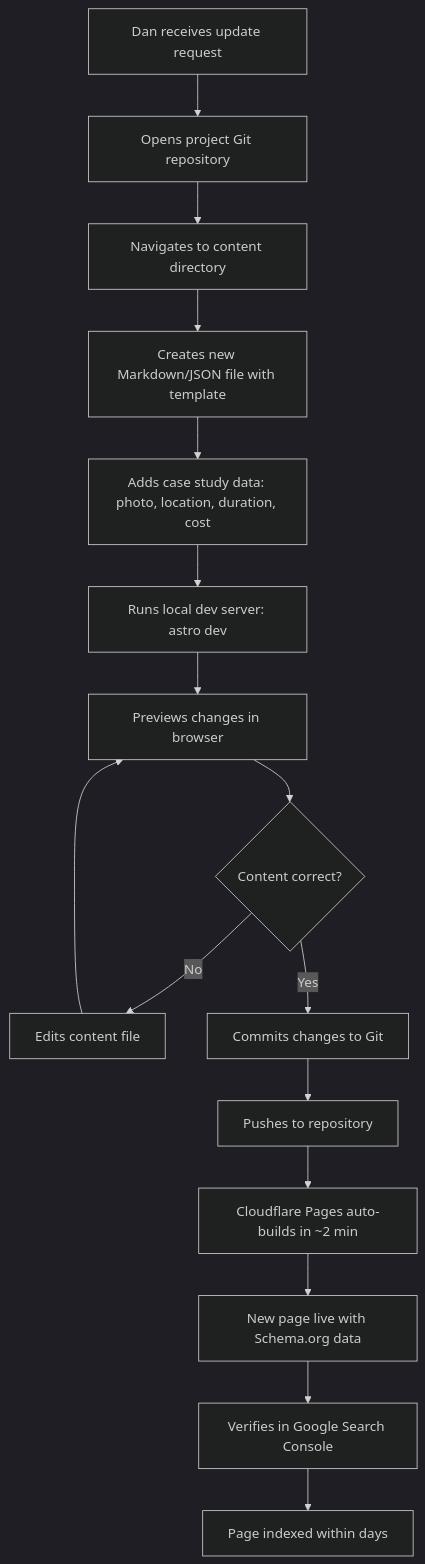
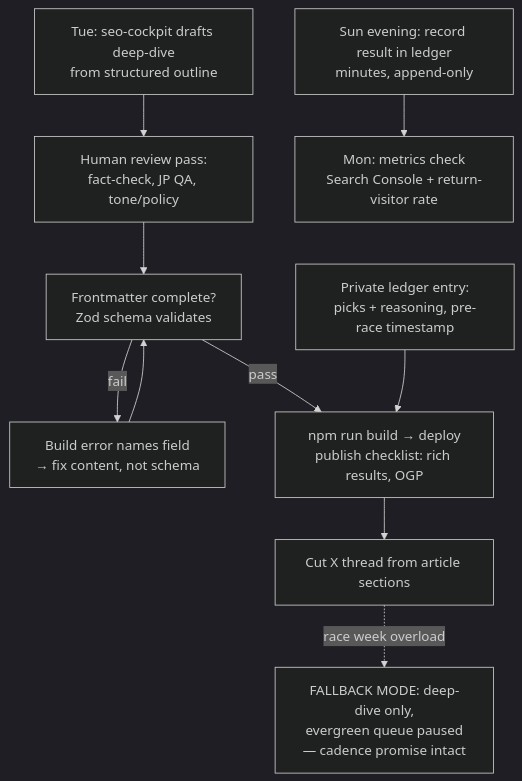
One commit to HaiLammm/star-light-project changed the fourth of 4 diagrams in _bmad-output/planning-artifacts/ux-design-specification.md. Above: the diagram before and after it, drawn with Mermaid (dark theme). The commit also changed other lines of this file and 866 other files, not shown here.

````diff
--- a/_bmad-output/planning-artifacts/ux-design-specification.md
+++ b/_bmad-output/planning-artifacts/ux-design-specification.md
@@ -868,18 +477,12 @@
 ```mermaid
 flowchart TD
-    A[Dan receives update request] --> B[Opens project Git repository]
-    B --> C[Navigates to content directory]
-    C --> D[Creates new Markdown/JSON file with template]
-    D --> E[Adds case study data: photo, location, duration, cost]
-    E --> F[Runs local dev server: astro dev]
-    F --> G[Previews changes in browser]
-    G --> H{Content correct?}
-    H -->|No| I[Edits content file]
-    I --> G
-    H -->|Yes| J[Commits changes to Git]
-    J --> K[Pushes to repository]
-    K --> L[Cloudflare Pages auto-builds in ~2 min]
-    L --> M[New page live with Schema.org data]
-    M --> N[Verifies in Google Search Console]
-    N --> O[Page indexed within days]
+    A[Tue: seo-cockpit drafts deep-dive\nfrom structured outline] --> B[Human review pass:\nfact-check, JP QA, tone/policy]
+    B --> C[Frontmatter complete?\nZod schema validates]
+    C -->|fail| C1[Build error names field\n→ fix content, not schema]
+    C1 --> C
+    C -->|pass| D[npm run build → deploy\npublish checklist: rich results, OGP]
+    D --> E[Cut X thread from article sections]
+    B2[Private ledger entry:\npicks + reasoning, pre-race timestamp] --> D
+    F[Sun evening: record result in ledger\nminutes, append-only] --> G[Mon: metrics check\nSearch Console + return-visitor rate]
+    E -.race week overload.-> H[FALLBACK MODE: deep-dive only,\nevergreen queue paused\n— cadence promise intact]
 ```
````
